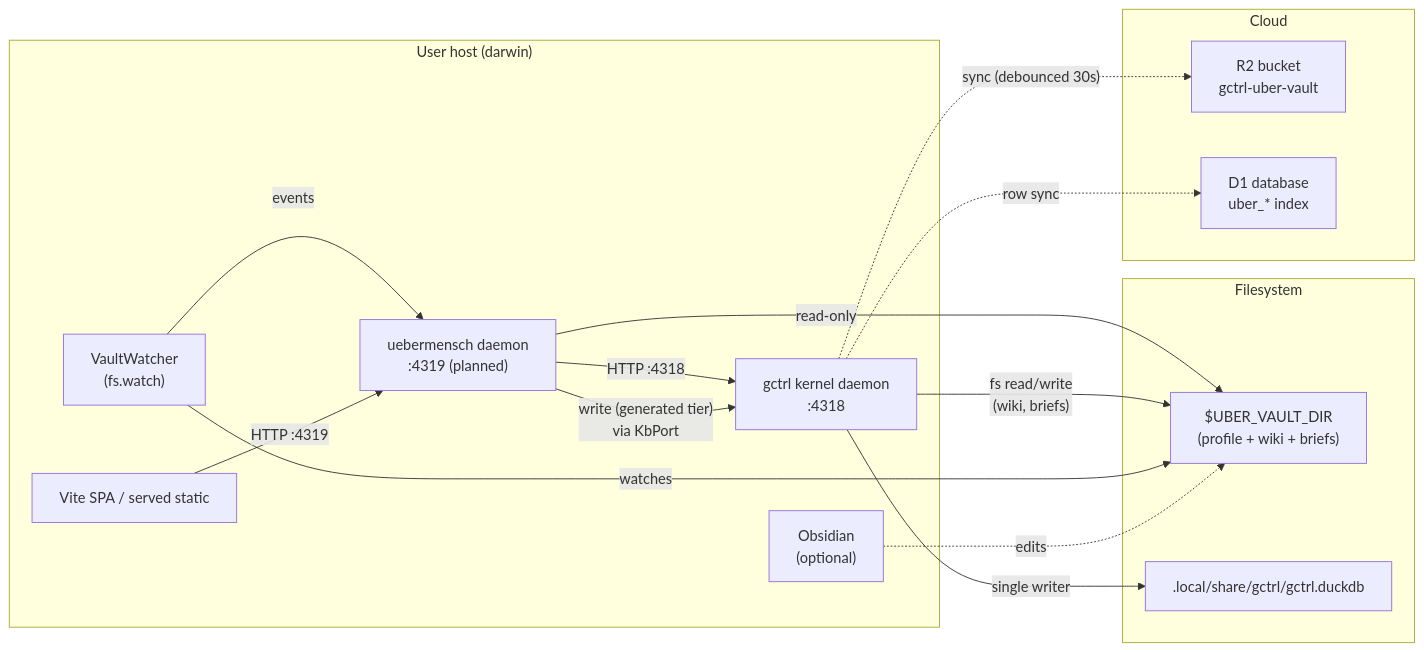
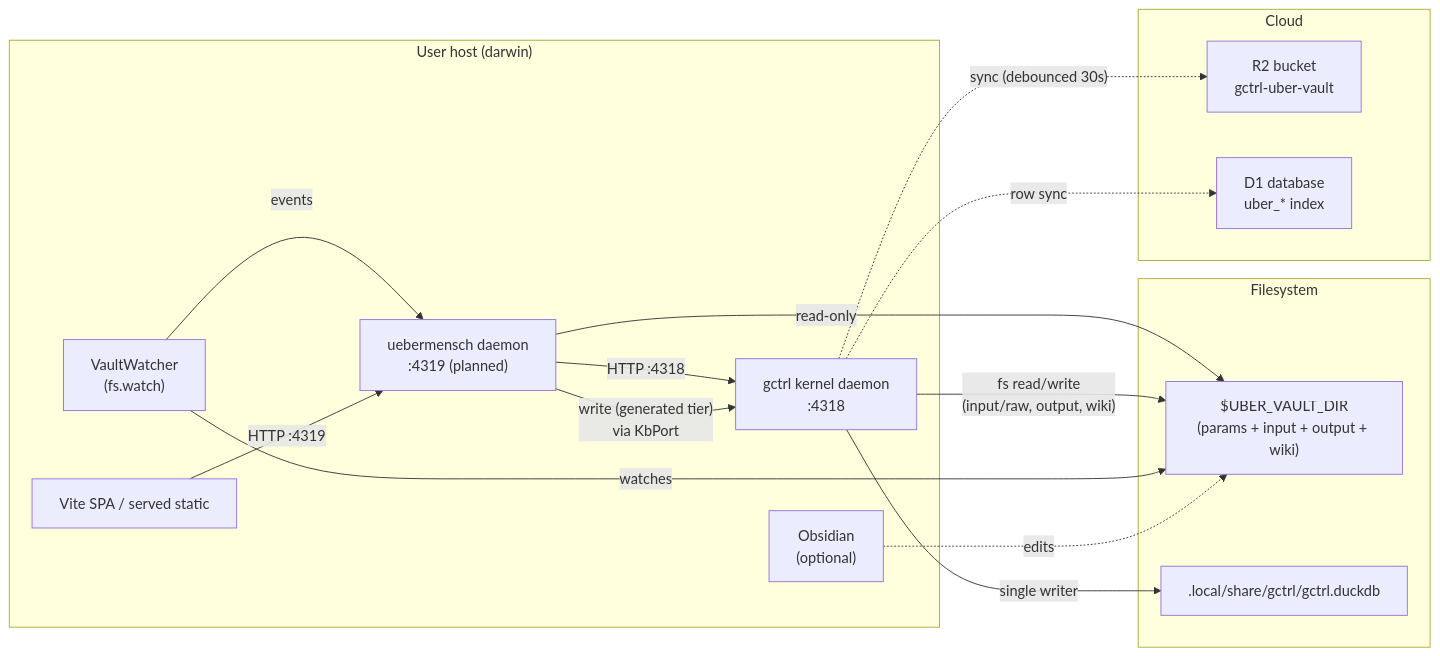
Before and after one commit to OpenHackersClub/gctrl: the second of 3 diagrams in apps/uebermensch/vault/specs/architecture.md, drawn with Mermaid. The commit also changed other lines of this file and 60 other files, not shown here.

First line of the commit message:
feat(uebermensch): four-root vault layout (directives/input/output/action)

````diff
--- a/apps/uebermensch/vault/specs/architecture.md
+++ b/apps/uebermensch/vault/specs/architecture.md
@@ -93,29 +93,29 @@
 ```mermaid
 flowchart LR
   subgraph host["User host (darwin)"]
     kd["gctrl kernel daemon\n:4318"]
     ud["uebermensch daemon\n:4319 (planned)"]
     vw["VaultWatcher\n(fs.watch)"]
     ui["Vite SPA / served static"]
     obs["Obsidian\n(optional)"]
   end
   subgraph fs["Filesystem"]
-    vault["$UBER_VAULT_DIR\n(profile + wiki + briefs)"]
+    vault["$UBER_VAULT_DIR\n(params + input + output + wiki)"]
     duck[".local/share/gctrl/gctrl.duckdb"]
   end
   subgraph cloud["Cloud"]
     r2["R2 bucket\ngctrl-uber-vault"]
     d1["D1 database\nuber_* index"]
   end
   ud -->|"HTTP :4318"| kd
   ud -->|"read-only"| vault
   ud -->|"write (generated tier)\nvia KbPort"| kd
-  kd -->|"fs read/write\n(wiki, briefs)"| vault
+  kd -->|"fs read/write\n(input/raw, output, wiki)"| vault
   kd -->|"single writer"| duck
   kd -.->|"sync (debounced 30s)"| r2
   kd -.->|"row sync"| d1
   vw -->|"events"| ud
   vw -->|"watches"| vault
   obs -.->|"edits"| vault
   ui -->|"HTTP :4319"| ud
 ```
````
